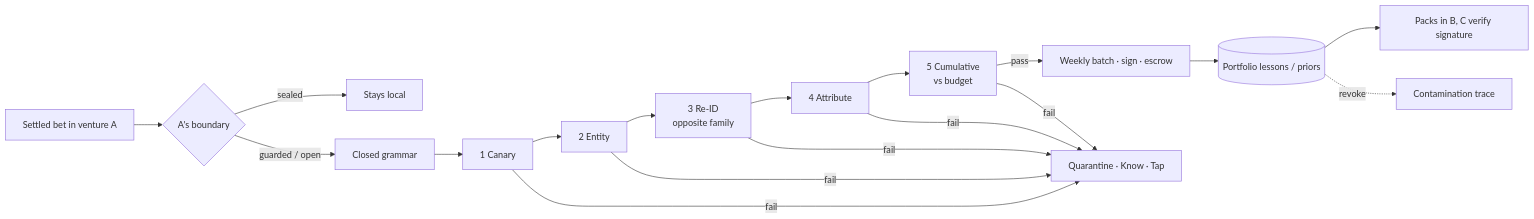
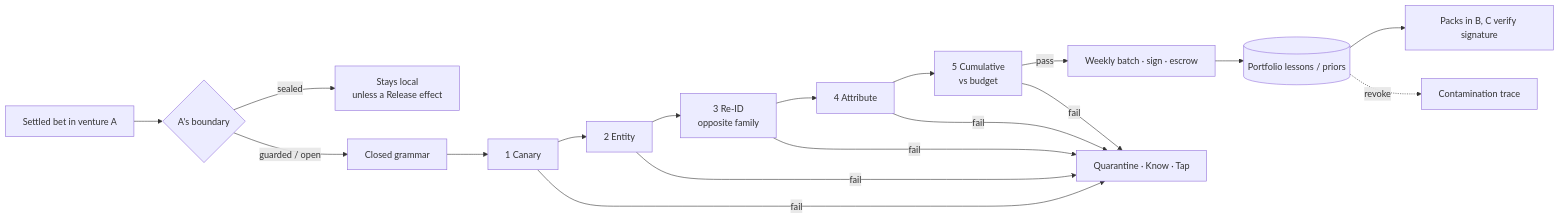
Before and after one commit to Adam077K/agentvibe: the second of 2 diagrams in docs/vision-v3/06-MEMORY.md, drawn with Mermaid. The commit also changed other lines of this file and 33 other files, not shown here.

````diff
--- a/docs/vision-v3/06-MEMORY.md
+++ b/docs/vision-v3/06-MEMORY.md
@@ -390,11 +436,11 @@
 ```mermaid
 flowchart LR
   D[Settled bet in venture A] --> X{A's boundary}
-  X -- sealed --> STOP[Stays local]
+  X -- sealed --> STOP[Stays local<br/>unless a Release effect]
   X -- guarded / open --> G[Closed grammar]
   G --> T1[1 Canary] --> T2[2 Entity] --> T3[3 Re-ID<br/>opposite family] --> T4[4 Attribute] --> T5[5 Cumulative<br/>vs budget]
   T5 -- pass --> B[Weekly batch · sign · escrow] --> L[(Portfolio lessons / priors)]
   T1 & T2 & T3 & T4 & T5 -- fail --> Q[Quarantine · Know · Tap]
   L --> P[Packs in B, C verify signature]
   L -. revoke .-> CT[Contamination trace]
 ```
````
